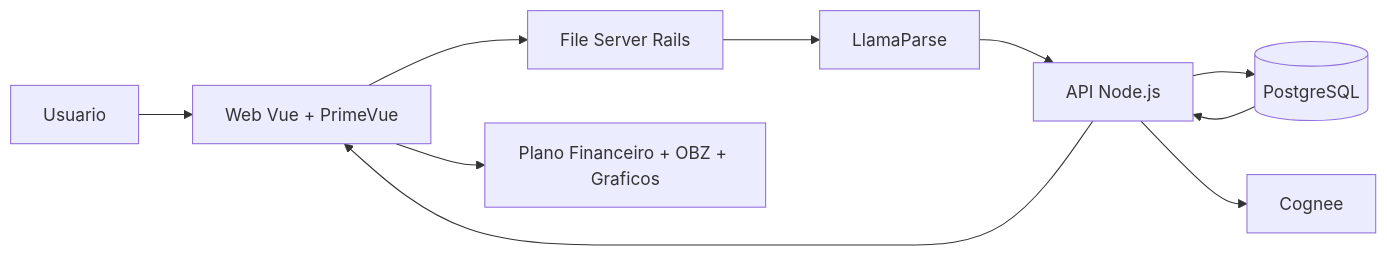
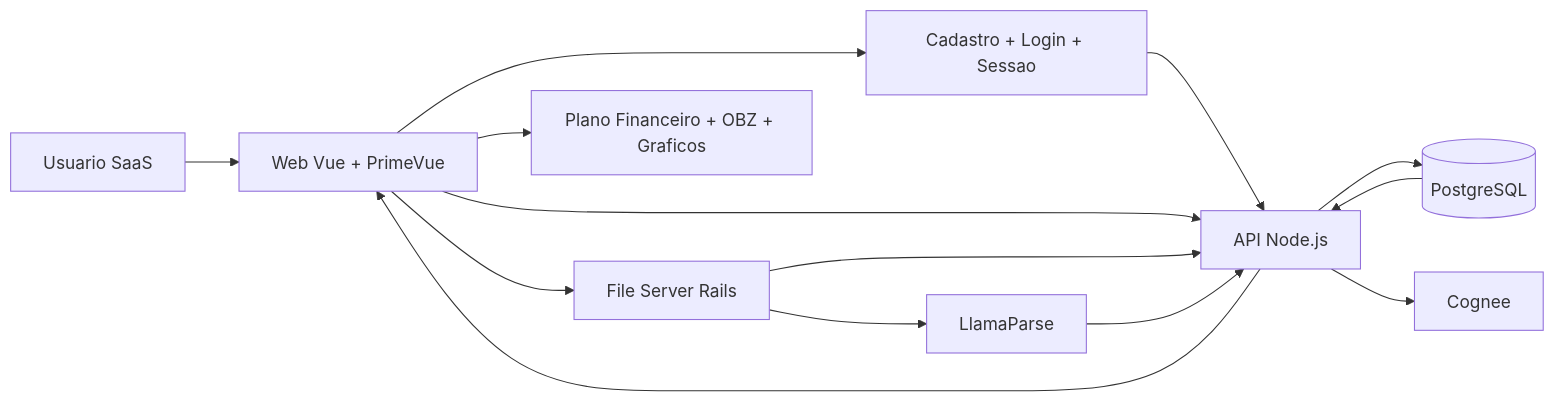
The diagram in docs/arquitetura.md (fernandobnog/controle_financeiro), drawn with Mermaid before and after one commit. The commit also changed other lines of this file and 72 other files, not shown here.

````diff
--- a/docs/arquitetura.md
+++ b/docs/arquitetura.md
@@ -157,12 +169,16 @@
 ```mermaid
 flowchart LR
-    U[Usuario] --> W[Web Vue + PrimeVue]
+    U[Usuario SaaS] --> W[Web Vue + PrimeVue]
+    W --> AUTH[Cadastro + Login + Sessao]
+    AUTH --> API[API Node.js]
+    W --> API
     W --> FS[File Server Rails]
+    FS --> API
     FS --> LP[LlamaParse]
-    LP --> API[API Node.js]
+    LP --> API
     API --> DB[(PostgreSQL)]
     API --> CG[Cognee]
     DB --> API
     API --> W
     W --> P[Plano Financeiro + OBZ + Graficos]
 ```
````
